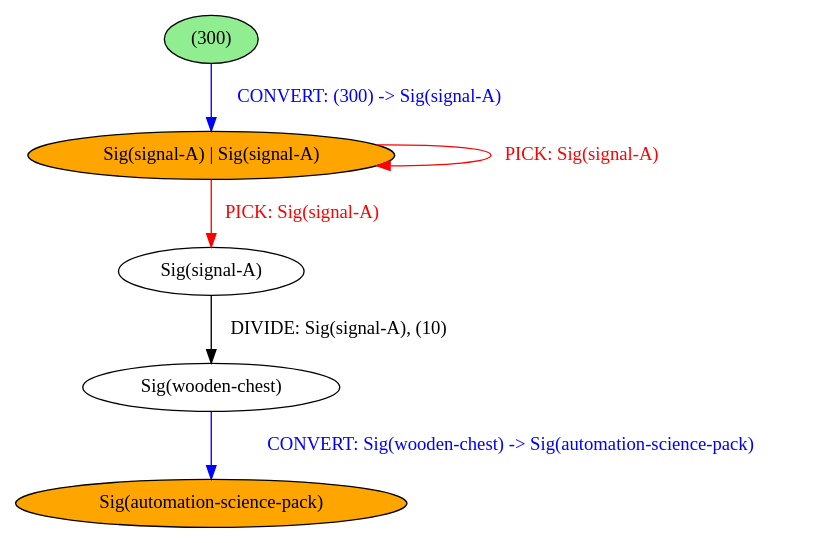
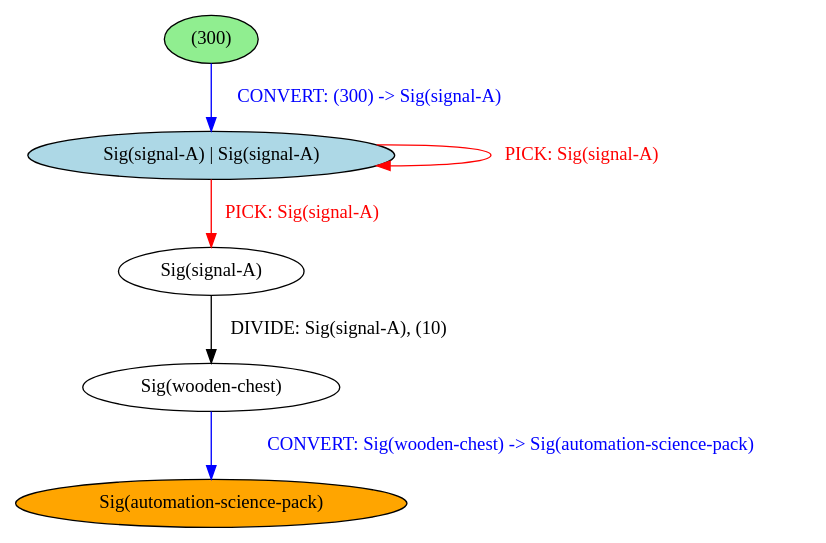
One commit to BalderHolst/chef changed the diagram in chef-lang/examples/var_variables.output.dot. Above: the diagram before and after it, drawn with Graphviz. The commit also changed 10 other files, not shown here.

```diff
--- a/chef-lang/examples/var_variables.output.dot
+++ b/chef-lang/examples/var_variables.output.dot
@@ -1,13 +1,13 @@
 strict digraph {
 	nodesep=1
 	5	[style=filled fillcolor=orange label="Sig(automation-science-pack)"]
 	4	[style=filled fillcolor=white label="Sig(wooden-chest)"]
 	1	[style=filled fillcolor=lightgreen label="(300)"]
-	0	[style=filled fillcolor=orange label="Sig(signal-A) | Sig(signal-A)"]
+	0	[style=filled fillcolor=lightblue label="Sig(signal-A) | Sig(signal-A)"]
 	3	[style=filled fillcolor=white label="Sig(signal-A)"]
 	4 -> 5	[label="CONVERT: Sig(wooden-chest) -> Sig(automation-science-pack)" color=blue fontcolor=blue]
 	1 -> 0	[label="CONVERT: (300) -> Sig(signal-A)" color=blue fontcolor=blue]
 	0 -> 0	[label="PICK: Sig(signal-A)" color=red fontcolor=red]
 	0 -> 3	[label="PICK: Sig(signal-A)" color=red fontcolor=red]
 	3 -> 4	[label="DIVIDE: Sig(signal-A), (10)" color=black fontcolor=black]
 }
```
